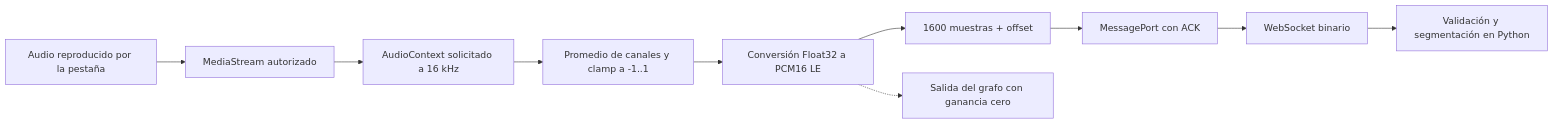
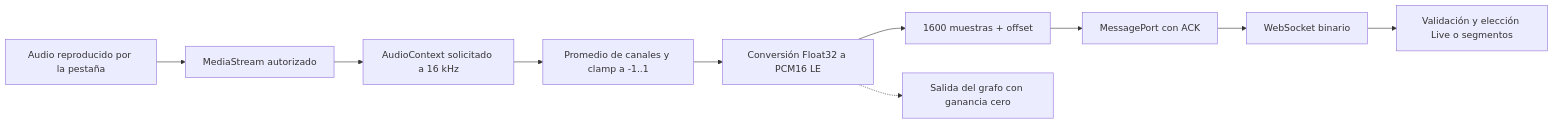
Before and after one commit to dnluc/decilo: the fourth of 19 diagrams in docs/ARQUITECTURA.md, drawn with Mermaid. The commit also changed other lines of this file and 53 other files, not shown here.

````diff
--- a/docs/ARQUITECTURA.md
+++ b/docs/ARQUITECTURA.md
@@ -237,12 +248,12 @@
 ```mermaid
 flowchart LR
     Tab["Audio reproducido por la pestaña"] --> Media["MediaStream autorizado"]
     Media --> Context["AudioContext solicitado a 16 kHz"]
     Context --> Mono["Promedio de canales y clamp a -1..1"]
     Mono --> PCM["Conversión Float32 a PCM16 LE"]
     PCM --> Pack["1600 muestras + offset"]
     Pack --> Port["MessagePort con ACK"]
     Port --> WS["WebSocket binario"]
-    WS --> Decode["Validación y segmentación en Python"]
+    WS --> Decode["Validación y elección Live o segmentos"]
     PCM -.-> Mute["Salida del grafo con ganancia cero"]
 ```
````
